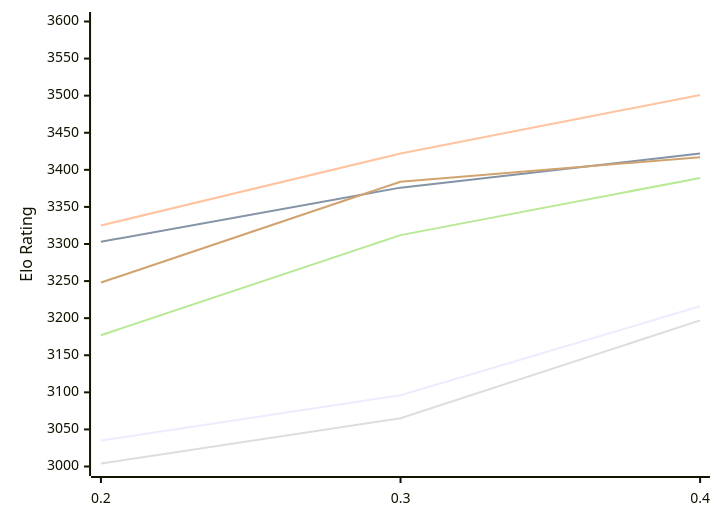
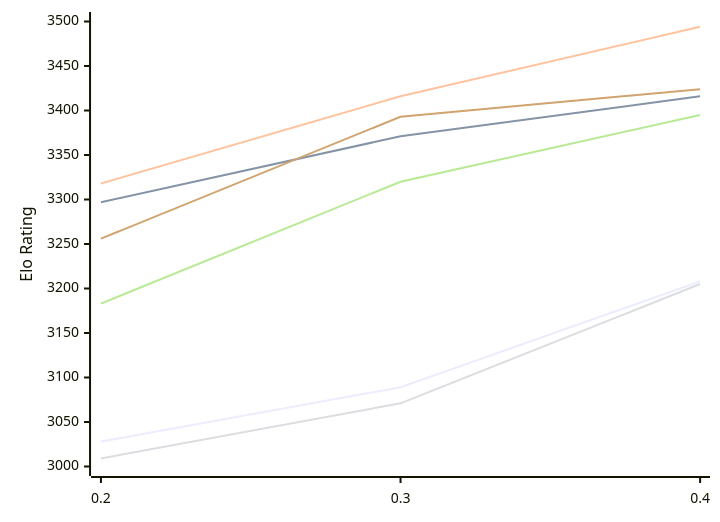
One commit to computer-chess-index/cci changed the diagram in engines/StockDory.md. Above: the diagram before and after it, drawn with Mermaid. The commit also changed other lines of this file, not shown here.

Commit message:
Update CCI Ratings (ELO VLTC) - 2026-11-18

````diff
--- a/engines/StockDory.md
+++ b/engines/StockDory.md
@@ -51,12 +51,12 @@
 ```mermaid
 %%{init: {"theme":"base","themeVariables":{"seriesColors:['#a3a3a3','#222221','#faa371']}}}%%
 xychart-beta
   x-axis ["0.2", "0.3", "0.4"]
-  y-axis "Elo Rating" 3000 --> 3600
-  line "E1: STC (8.0+0.08s)" [3035, 3096, 3216]
-  line "E1: LTC (60.0+0.60s)" [3303, 3376, 3422]
-  line "E1: VLTC (2m24s+1.12s)" [3325, 3422, 3501]
-  line "P1: STC (8.0+0.08s)" [3004, 3065, 3197]
-  line "P1: LTC (60.0+0.60s)" [3177, 3312, 3389]
-  line "P1: VLTC (2m24s+1.12s)" [3248, 3384, 3417]
+  y-axis "Elo Rating" 3000 --> 3500
+  line "E1: STC (8.0+0.08s)" [3028, 3089, 3208]
+  line "E1: LTC (60.0+0.60s)" [3297, 3371, 3416]
+  line "E1: VLTC (2m24s+1.12s)" [3318, 3416, 3494]
+  line "P1: STC (8.0+0.08s)" [3009, 3071, 3205]
+  line "P1: LTC (60.0+0.60s)" [3183, 3320, 3395]
+  line "P1: VLTC (2m24s+1.12s)" [3256, 3393, 3424]
 ```
````
